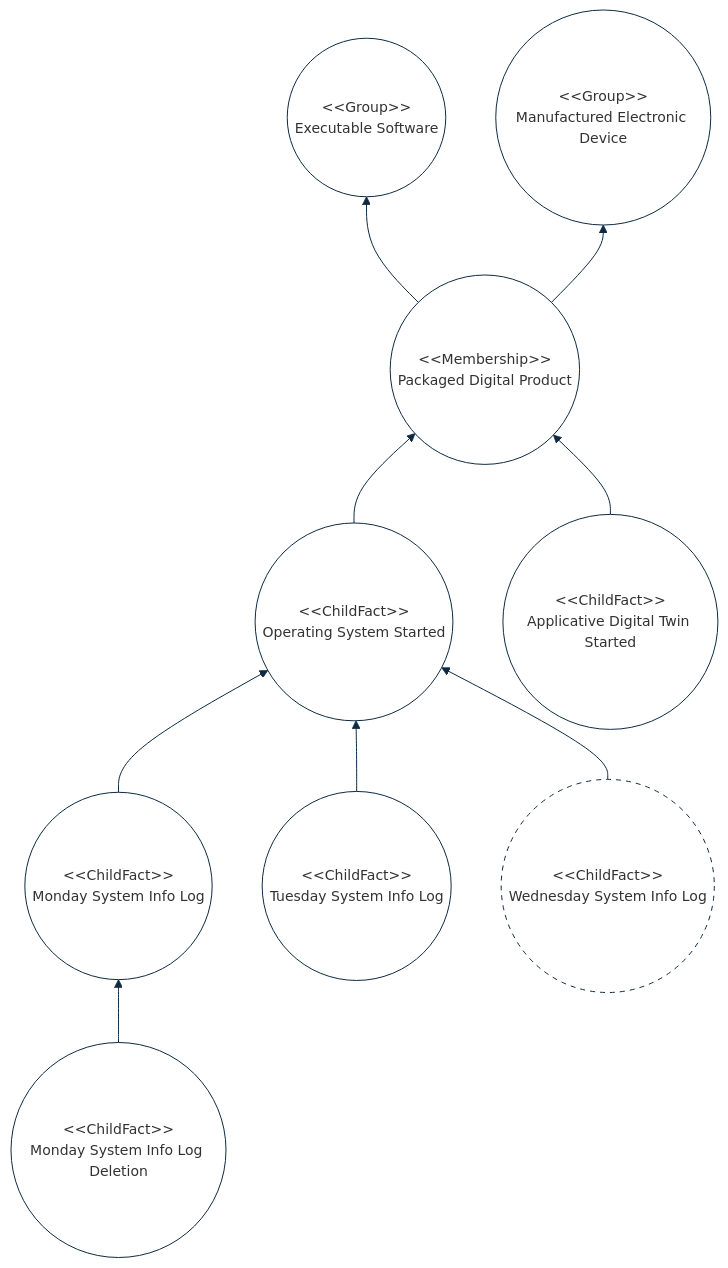
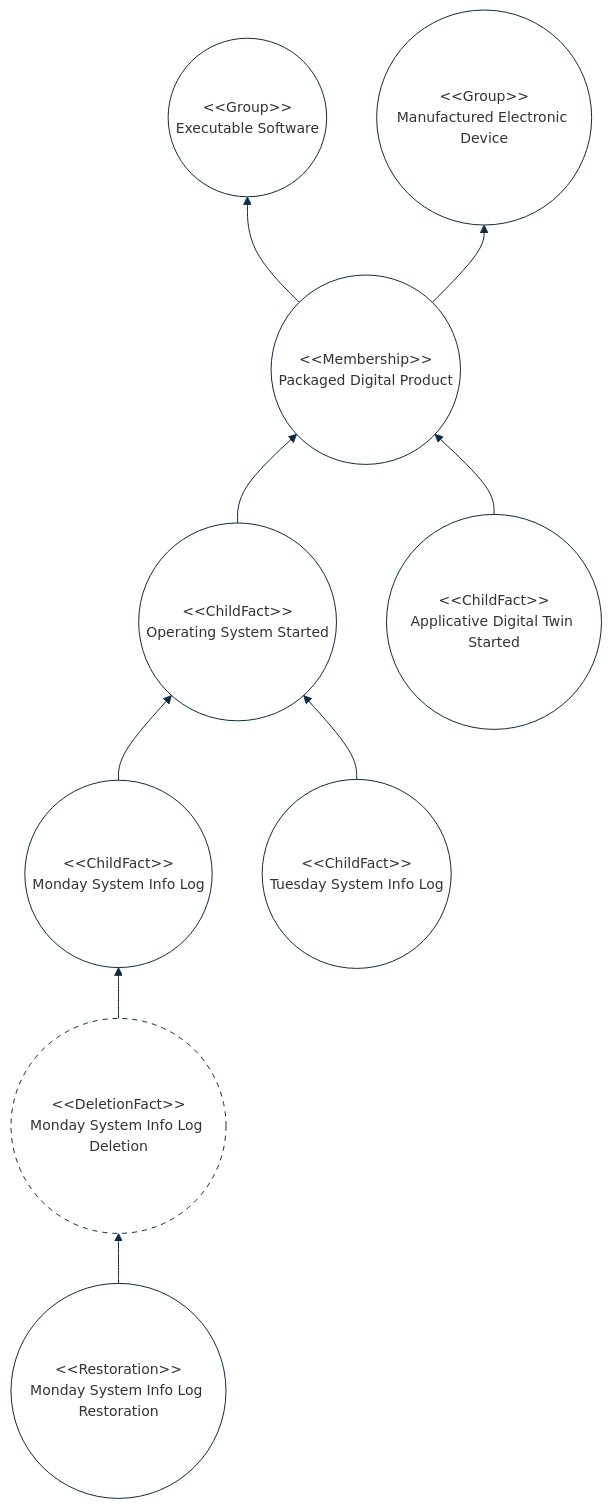
Before and after one commit to cybnity/foundation: the second of 2 diagrams in implementations-line/framework/immutable/README.md, drawn with Mermaid.

````diff
--- a/implementations-line/framework/immutable/README.md
+++ b/implementations-line/framework/immutable/README.md
@@ -135,34 +135,34 @@
 ```mermaid
 %%{
   init: {
     'theme': 'base',
     'themeVariables': {
         'background': '#ffffff',
         'fontFamily': 'arial',
         'fontSize': '14px',
         'primaryColor': '#fff',
         'primaryBorderColor': '#0e2a43',
         'secondaryBorderColor': '#0e2a43',
         'tertiaryBorderColor': '#0e2a43',
         'edgeLabelBackground':'#0e2a43',
         'lineColor': '#0e2a43',
         'tertiaryColor': '#fff'
     }
   }
 }%%
 flowchart BT
     software(("#60;#60;Group#62;#62;<br/>Executable Software"))
     electronicdevice(("#60;#60;Group#62;#62;<br/>Manufactured Electronic Device"))
     system(("#60;#60;Membership#62;#62;<br/>Packaged Digital Product")) --> software
     system --> electronicdevice
     os(("#60;#60;ChildFact#62;#62;<br/>Operating System Started")) --> system
     application(("#60;#60;ChildFact#62;#62;<br/>Applicative Digital Twin Started")) --> system
     systemlog1(("#60;#60;ChildFact#62;#62;<br/>Monday System Info Log")) --> os
     systemlog2(("#60;#60;ChildFact#62;#62;<br/>Tuesday System Info Log")) --> os
-    systemlog1deletion(("#60;#60;ChildFact#62;#62;<br/>Monday System Info Log Deletion")) --> systemlog1
-    systemlog3(("#60;#60;ChildFact#62;#62;<br/>Wednesday System Info Log")) --> os
-    style systemlog3 stroke-dasharray: 5 5
+    systemlog1deletion(("#60;#60;DeletionFact#62;#62;<br/>Monday System Info Log Deletion")) --> systemlog1
+    style systemlog1deletion stroke-dasharray: 5 5
+    systemlog1restoration(("#60;#60;Restoration#62;#62;<br/>Monday System Info Log Restoration")) --> systemlog1deletion
 
 
 
 ```
````
